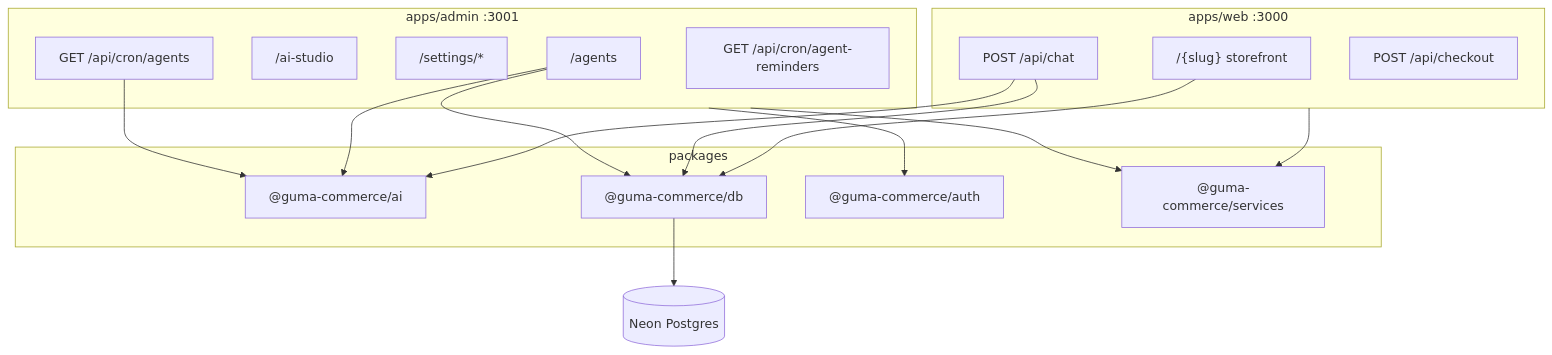
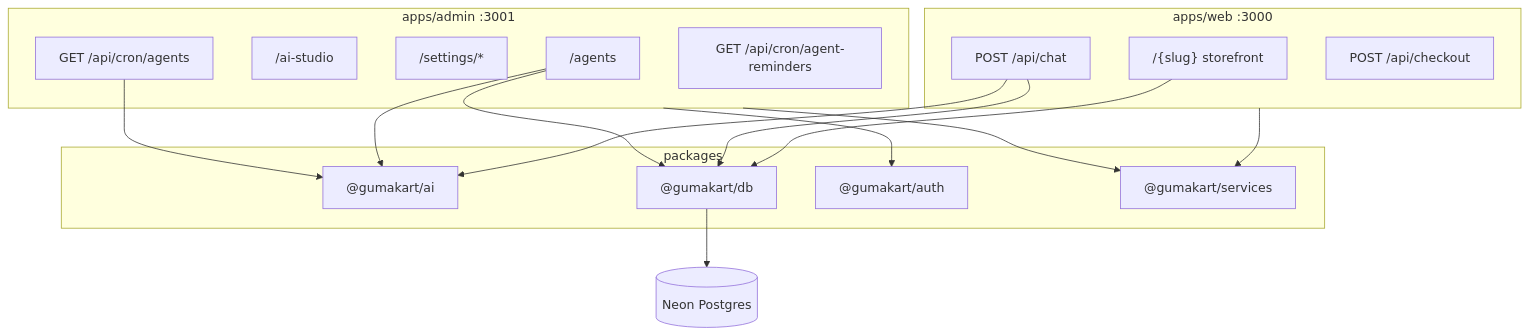
The diagram in docs/AGENT-HANDOFF.md (samgamoza/gumacommerce), drawn with Mermaid before and after one commit. The commit also changed other lines of this file and 251 other files, not shown here.

First line of the commit message:
chore: rename Guma Commerce to Guma Kart (gumakart)

````diff
--- a/docs/AGENT-HANDOFF.md
+++ b/docs/AGENT-HANDOFF.md
@@ -440,36 +440,36 @@
 ```mermaid
 flowchart TB
   subgraph web [apps/web :3000]
     Storefront["/{slug} storefront"]
     Chat["POST /api/chat"]
     Checkout["POST /api/checkout"]
   end
 
   subgraph admin [apps/admin :3001]
     AgentsUI["/agents"]
     AIStudio["/ai-studio"]
     Settings["/settings/*"]
     CronAgents["GET /api/cron/agents"]
     CronSMS["GET /api/cron/agent-reminders"]
   end
 
   subgraph packages [packages]
-    AI["@guma-commerce/ai"]
-    DB["@guma-commerce/db"]
-    Auth["@guma-commerce/auth"]
-    Svc["@guma-commerce/services"]
+    AI["@gumakart/ai"]
+    DB["@gumakart/db"]
+    Auth["@gumakart/auth"]
+    Svc["@gumakart/services"]
   end
 
   Neon[(Neon Postgres)]
 
   Storefront --> DB
   Chat --> AI
   Chat --> DB
   AgentsUI --> AI
   AgentsUI --> DB
   CronAgents --> AI
   admin --> Auth
   web --> Svc
   admin --> Svc
   DB --> Neon
 ```
````
